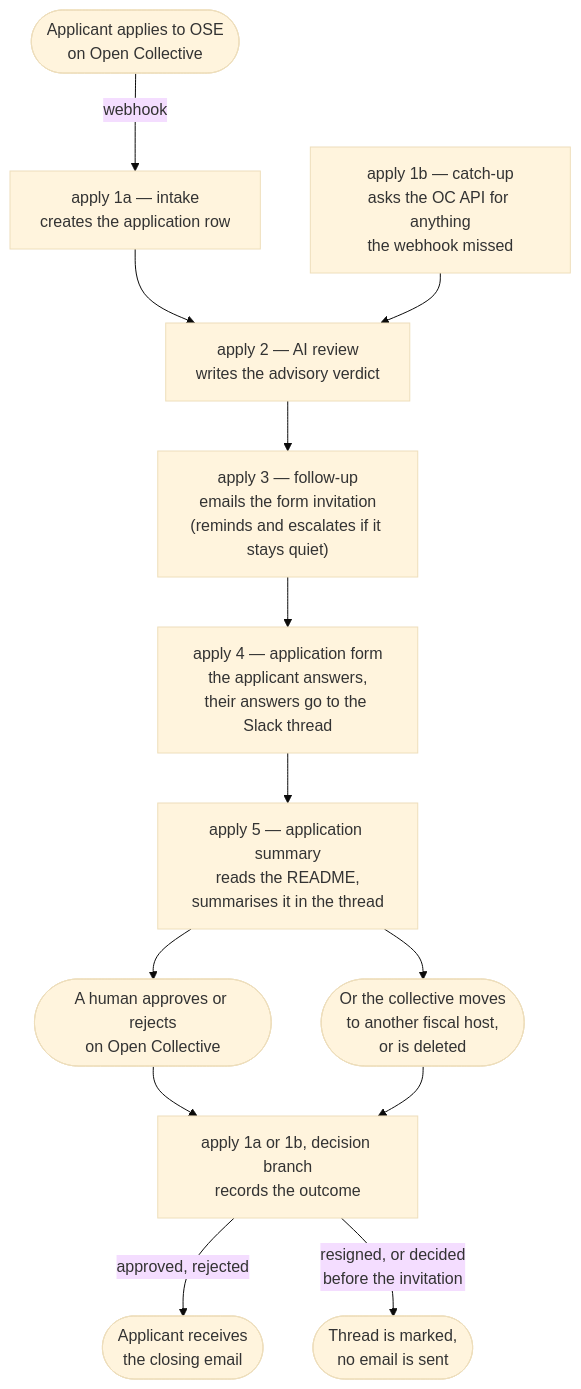
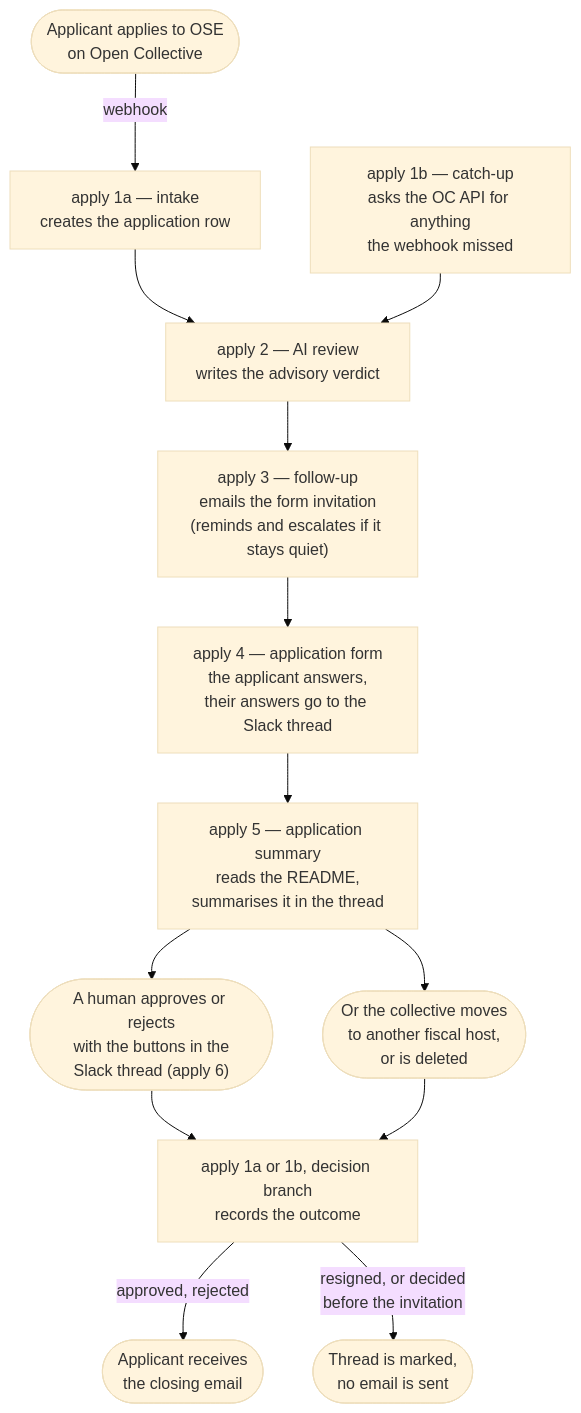
Before and after one commit to opensourceeurope/community: the diagram in automation/README.md, drawn with Mermaid (base theme). The commit also changed other lines of this file and 15 other files, not shown here.

Commit message:
feat: approve or reject an application from its Slack thread, with an editable email and a private note (#116)

````diff
--- a/automation/README.md
+++ b/automation/README.md
@@ -138,17 +146,17 @@
 ```mermaid
 flowchart TD
     START(["Applicant applies to OSE<br>on Open Collective"])
     START -->|"webhook"| A1a["apply 1a — intake<br>creates the application row"]
     A1b["apply 1b — catch-up<br>asks the OC API for anything<br>the webhook missed"]
     A1a --> A2["apply 2 — AI review<br>writes the advisory verdict"]
     A1b --> A2
     A2 --> A3["apply 3 — follow-up<br>emails the form invitation<br>(reminds and escalates if it stays quiet)"]
     A3 --> A4["apply 4 — application form<br>the applicant answers,<br>their answers go to the Slack thread"]
     A4 --> A5s["apply 5 — application summary<br>reads the README,<br>summarises it in the thread"]
-    A5s --> HUMAN(["A human approves or rejects<br>on Open Collective"])
+    A5s --> HUMAN(["A human approves or rejects<br>with the buttons in the<br>Slack thread (apply 6)"])
     A5s --> GONE(["Or the collective moves<br>to another fiscal host,<br>or is deleted"])
     HUMAN --> A5["apply 1a or 1b, decision branch<br>records the outcome"]
     GONE --> A5
     A5 -->|"approved, rejected"| END(["Applicant receives<br>the closing email"])
     A5 -->|"resigned, or decided<br>before the invitation"| MARK(["Thread is marked,<br>no email is sent"])
 ```
````
